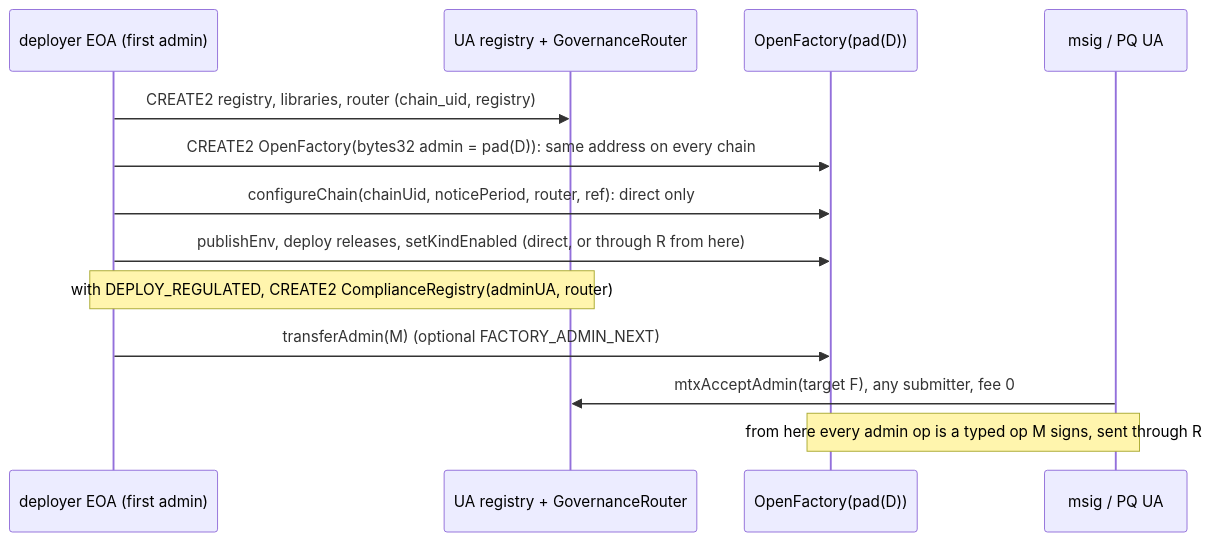
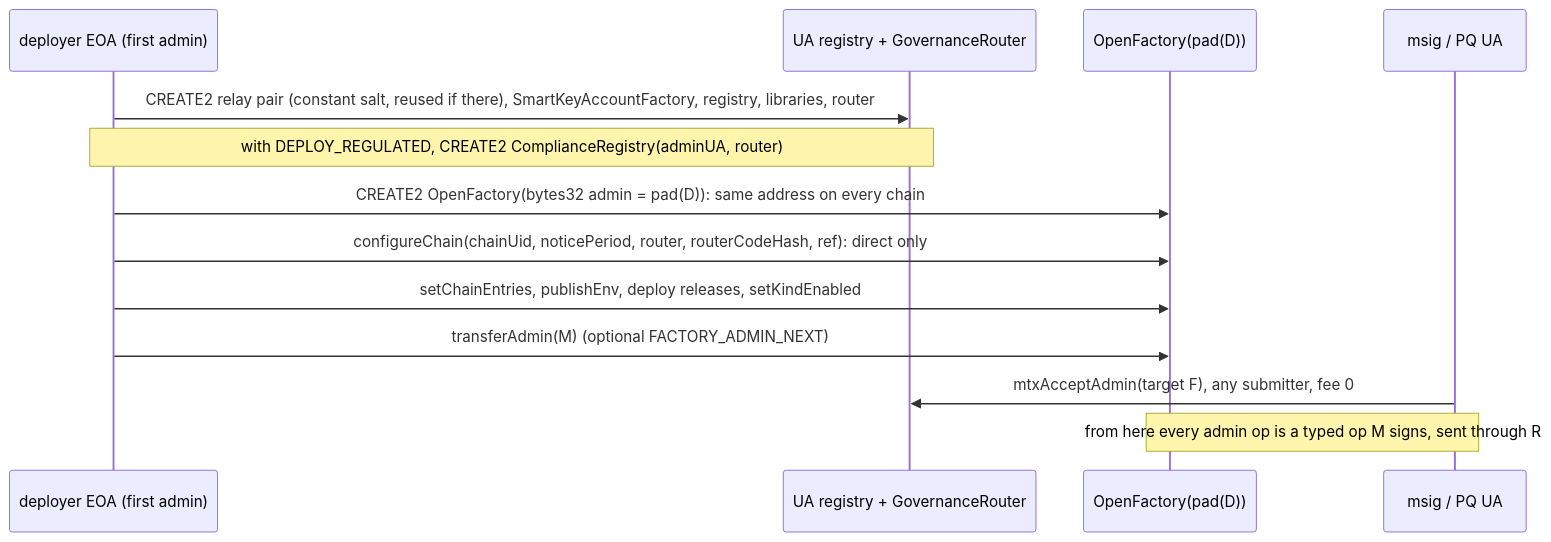
One commit to dinhduongha/scaas changed the diagram in docs/superpowers/specs/2026-11-10-admin-not-owner.md. Above: the diagram before and after it, drawn with Mermaid. The commit also changed other lines of this file and 1 other file, not shown here.

````diff
--- a/docs/superpowers/specs/2026-11-10-admin-not-owner.md
+++ b/docs/superpowers/specs/2026-11-10-admin-not-owner.md
@@ -298,15 +444,15 @@
 ```mermaid
 sequenceDiagram
     participant D as deployer EOA (first admin)
     participant R as UA registry + GovernanceRouter
     participant F as OpenFactory(pad(D))
     participant M as msig / PQ UA
-    D->>R: CREATE2 registry, libraries, router (chain_uid, registry)
+    D->>R: CREATE2 relay pair (constant salt, reused if there), SmartKeyAccountFactory, registry, libraries, router
+    Note over D,R: with DEPLOY_REGULATED, CREATE2 ComplianceRegistry(adminUA, router)
     D->>F: CREATE2 OpenFactory(bytes32 admin = pad(D)): same address on every chain
-    D->>F: configureChain(chainUid, noticePeriod, router, ref): direct only
-    D->>F: publishEnv, deploy releases, setKindEnabled (direct, or through R from here)
-    Note over D,R: with DEPLOY_REGULATED, CREATE2 ComplianceRegistry(adminUA, router)
+    D->>F: configureChain(chainUid, noticePeriod, router, routerCodeHash, ref): direct only
+    D->>F: setChainEntries, publishEnv, deploy releases, setKindEnabled
     D->>F: transferAdmin(M) (optional FACTORY_ADMIN_NEXT)
     M->>R: mtxAcceptAdmin(target F), any submitter, fee 0
     Note over F,M: from here every admin op is a typed op M signs, sent through R
 ```
````
